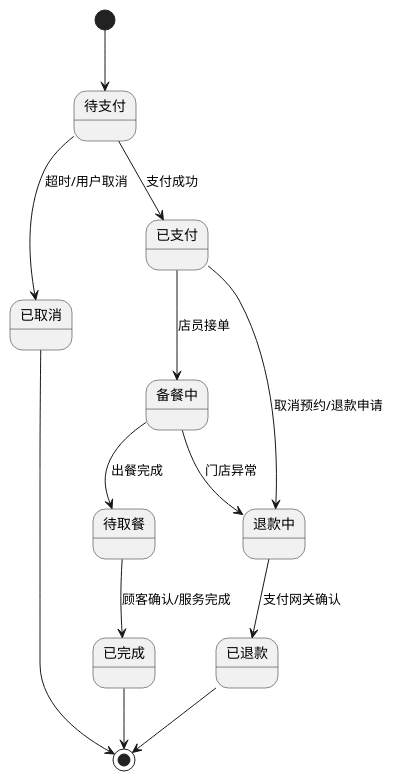
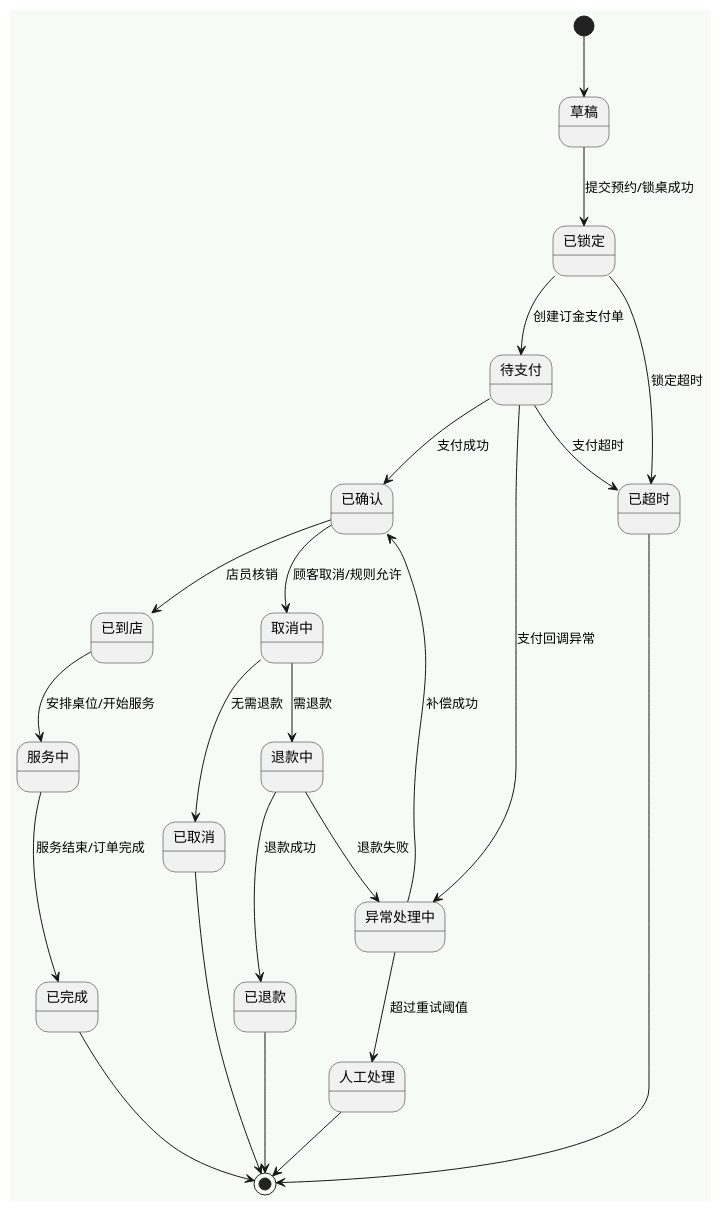
The diagram in 实验一_智能化需求工程与UML建模/D1-4_UML模型集/state/订单状态机.puml (EridanusQ/BJFU-SoftwareEngineer), drawn with PlantUML before and after one commit. The commit also changed 40 other files, not shown here.

Commit message:
docs(lab1): polish D1-4 UML and D1-5 traceability

```diff
--- a/实验一_智能化需求工程与UML建模/D1-4_UML模型集/state/订单状态机.puml
+++ b/实验一_智能化需求工程与UML建模/D1-4_UML模型集/state/订单状态机.puml
@@ -1,14 +1,27 @@
 @startuml
-[*] --> 待支付
-待支付 --> 已取消 : 超时/用户取消
-待支付 --> 已支付 : 支付成功
-已支付 --> 备餐中 : 店员接单
-备餐中 --> 待取餐 : 出餐完成
-待取餐 --> 已完成 : 顾客确认/服务完成
-已支付 --> 退款中 : 取消预约/退款申请
-备餐中 --> 退款中 : 门店异常
-退款中 --> 已退款 : 支付网关确认
+skinparam backgroundColor #F6FBF8
+skinparam shadowing false
+skinparam defaultFontName Microsoft YaHei
+[*] --> 草稿
+草稿 --> 已锁定 : 提交预约/锁桌成功
+已锁定 --> 待支付 : 创建订金支付单
+已锁定 --> 已超时 : 锁定超时
+待支付 --> 已确认 : 支付成功
+待支付 --> 已超时 : 支付超时
+待支付 --> 异常处理中 : 支付回调异常
+已确认 --> 已到店 : 店员核销
+已确认 --> 取消中 : 顾客取消/规则允许
+已到店 --> 服务中 : 安排桌位/开始服务
+服务中 --> 已完成 : 服务结束/订单完成
+取消中 --> 已取消 : 无需退款
+取消中 --> 退款中 : 需退款
+退款中 --> 已退款 : 退款成功
+退款中 --> 异常处理中 : 退款失败
+异常处理中 --> 已确认 : 补偿成功
+异常处理中 --> 人工处理 : 超过重试阈值
+已超时 --> [*]
 已取消 --> [*]
+已退款 --> [*]
 已完成 --> [*]
-已退款 --> [*]
+人工处理 --> [*]
 @enduml
```
